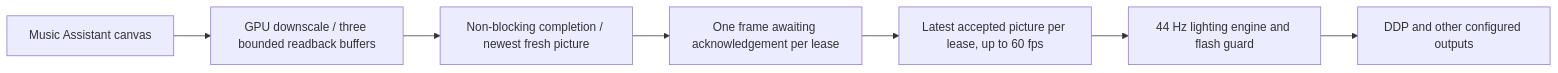
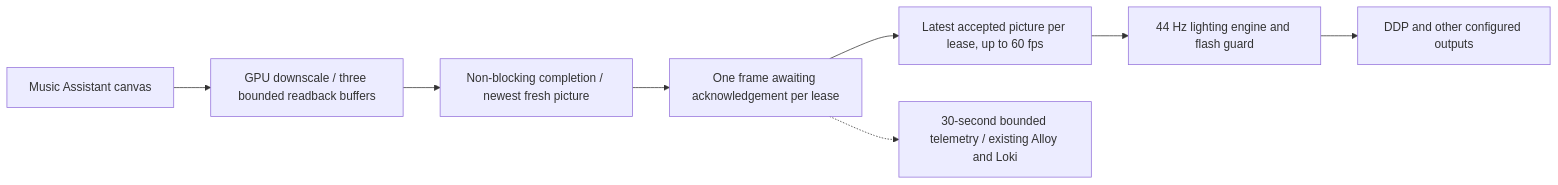
One commit to tyclab/artnet-lightshow changed the third of 4 diagrams in README.md. Above: the diagram before and after it, drawn with Mermaid. The commit also changed other lines of this file and 6 other files, not shown here.

Commit message:
Report bounded browser capture and acknowledgement telemetry

````diff
--- a/README.md
+++ b/README.md
@@ -445,9 +455,10 @@
 ```mermaid
 flowchart LR
     Canvas[Music Assistant canvas] --> Capture[GPU downscale / three bounded readback buffers]
     Capture --> Ready[Non-blocking completion / newest fresh picture]
     Ready --> Ack[One frame awaiting acknowledgement per lease]
     Ack --> Latest[Latest accepted picture per lease, up to 60 fps]
+    Ack -.-> Stats[30-second bounded telemetry / existing Alloy and Loki]
     Latest --> Engine[44 Hz lighting engine and flash guard]
     Engine --> Output[DDP and other configured outputs]
 ```
````
